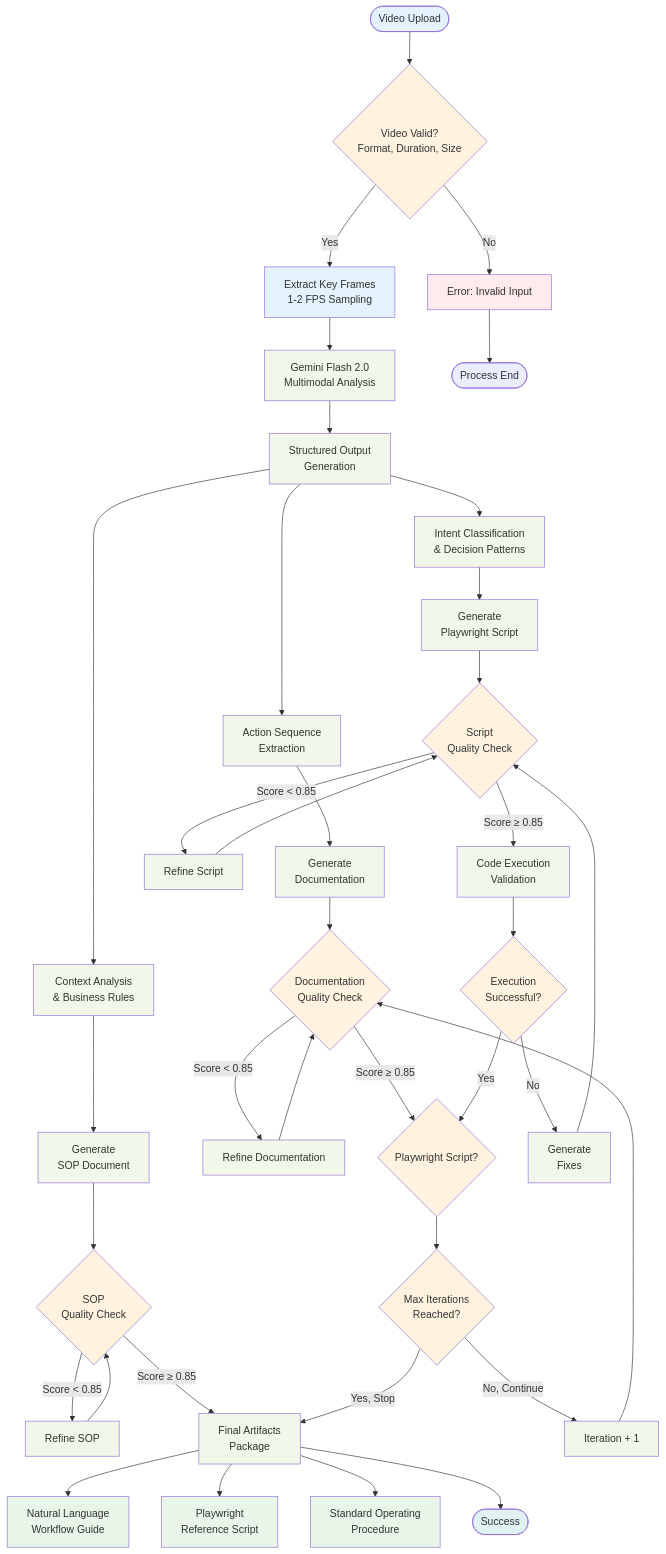
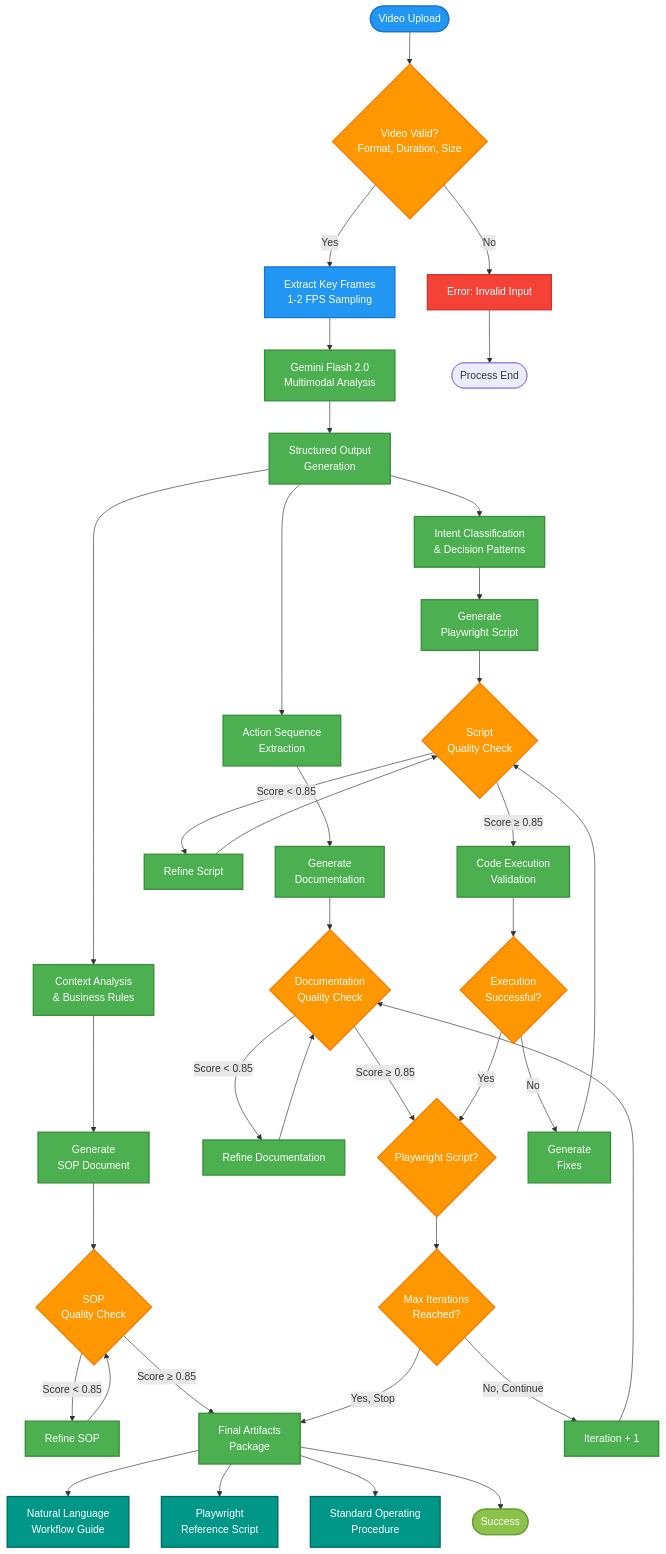
The diagram in docs/prds/01-screen-recording-analyzer/assets/data-flow-pipeline.md (Alberto-Codes/agent-workflow-suite), drawn with Mermaid before and after one commit. The commit also changed 5 other files, not shown here.

First line of the commit message:
docs(mermaid): update diagram styling for better dark theme compatibility

````diff
--- a/docs/prds/01-screen-recording-analyzer/assets/data-flow-pipeline.md
+++ b/docs/prds/01-screen-recording-analyzer/assets/data-flow-pipeline.md
@@ -5,76 +5,76 @@
 ```mermaid
 flowchart TD
     %% Input Stage
     START([Video Upload]) --> VALIDATE{Video Valid?<br/>Format, Duration, Size}
     VALIDATE -->|No| ERROR[Error: Invalid Input]
     VALIDATE -->|Yes| EXTRACT[Extract Key Frames<br/>1-2 FPS Sampling]
 
     %% Analysis Stage
     EXTRACT --> ANALYZE[Gemini Flash 2.0<br/>Multimodal Analysis]
     ANALYZE --> STRUCT[Structured Output<br/>Generation]
     
     %% Business Logic Extraction
     STRUCT --> ACTIONS[Action Sequence<br/>Extraction]
     STRUCT --> INTENT[Intent Classification<br/>& Decision Patterns]
     STRUCT --> CONTEXT[Context Analysis<br/>& Business Rules]
 
     %% Artifact Generation
     ACTIONS --> GEN1[Generate<br/>Documentation]
     INTENT --> GEN2[Generate<br/>Playwright Script]
     CONTEXT --> GEN3[Generate<br/>SOP Document]
 
     %% Quality Validation Loop
     GEN1 --> CRITIC1{Documentation<br/>Quality Check}
     GEN2 --> CRITIC2{Script<br/>Quality Check}
     GEN3 --> CRITIC3{SOP<br/>Quality Check}
 
     %% Decision Points
     CRITIC1 -->|Score < 0.85| REFINE1[Refine Documentation]
     CRITIC2 -->|Score < 0.85| REFINE2[Refine Script]
     CRITIC3 -->|Score < 0.85| REFINE3[Refine SOP]
 
     REFINE1 --> CRITIC1
     REFINE2 --> CRITIC2
     REFINE3 --> CRITIC3
 
     CRITIC1 -->|Score ≥ 0.85| EXEC_CHECK{Playwright Script?}
     CRITIC2 -->|Score ≥ 0.85| CODE_EXEC[Code Execution<br/>Validation]
     CRITIC3 -->|Score ≥ 0.85| FINAL
 
     %% Code Execution Path
     CODE_EXEC --> EXEC_RESULT{Execution<br/>Successful?}
     EXEC_RESULT -->|No| AUTO_FIX[Generate<br/>Fixes]
     AUTO_FIX --> CRITIC2
     EXEC_RESULT -->|Yes| EXEC_CHECK
 
     %% Convergence Check
     EXEC_CHECK --> CONVERGE{Max Iterations<br/>Reached?}
     CONVERGE -->|No, Continue| ITERATION[Iteration + 1]
     ITERATION --> CRITIC1
     CONVERGE -->|Yes, Stop| FINAL
 
     %% Final Output
     FINAL[Final Artifacts<br/>Package]
     FINAL --> OUTPUT1[Natural Language<br/>Workflow Guide]
     FINAL --> OUTPUT2[Playwright<br/>Reference Script]
     FINAL --> OUTPUT3[Standard Operating<br/>Procedure]
 
     %% Error Handling
     ERROR --> END([Process End])
     FINAL --> SUCCESS([Success])
 
-    %% Styling
-    classDef input fill:#e3f2fd
-    classDef process fill:#f1f8e9
-    classDef decision fill:#fff3e0
-    classDef output fill:#e8f5e8
-    classDef error fill:#ffebee
-    classDef success fill:#e0f2f1
+    %% Styling for better dark/light theme compatibility
+    classDef input fill:#2196F3,stroke:#1976D2,stroke-width:2px,color:#ffffff
+    classDef process fill:#4CAF50,stroke:#388E3C,stroke-width:2px,color:#ffffff
+    classDef decision fill:#FF9800,stroke:#F57C00,stroke-width:2px,color:#ffffff
+    classDef output fill:#009688,stroke:#00695C,stroke-width:2px,color:#ffffff
+    classDef error fill:#F44336,stroke:#D32F2F,stroke-width:2px,color:#ffffff
+    classDef success fill:#8BC34A,stroke:#689F38,stroke-width:2px,color:#ffffff
 
     class START,EXTRACT input
     class ANALYZE,STRUCT,ACTIONS,INTENT,CONTEXT,GEN1,GEN2,GEN3,REFINE1,REFINE2,REFINE3,CODE_EXEC,AUTO_FIX,ITERATION,FINAL process
     class VALIDATE,CRITIC1,CRITIC2,CRITIC3,EXEC_CHECK,EXEC_RESULT,CONVERGE decision
     class OUTPUT1,OUTPUT2,OUTPUT3 output
     class ERROR error
     class SUCCESS success
 ```
````
